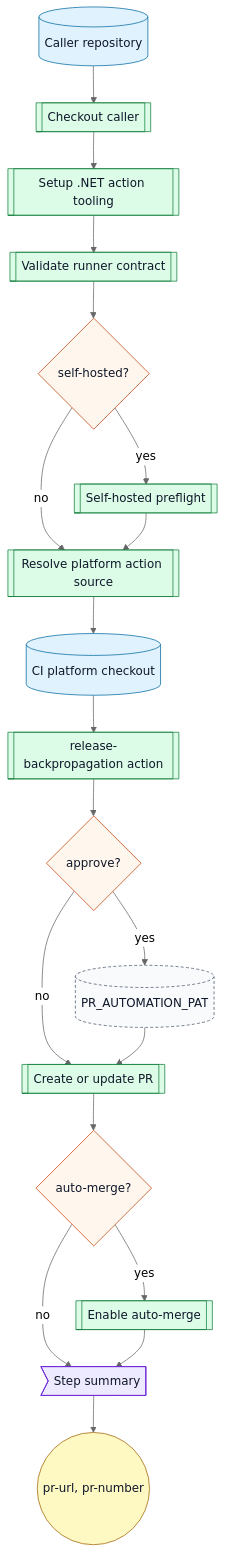
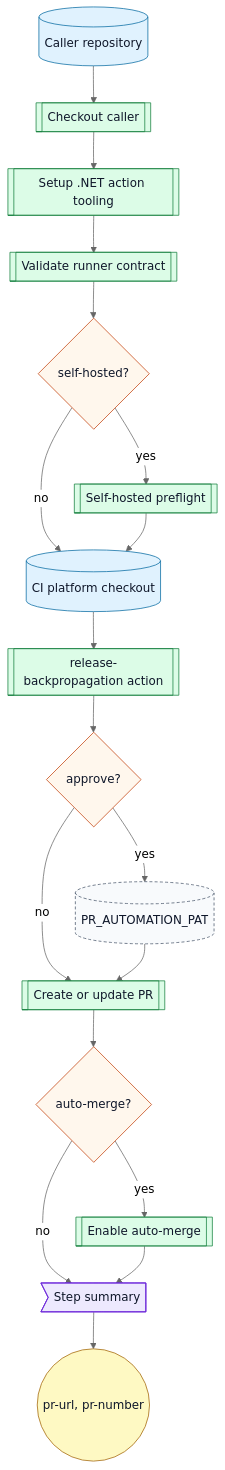
One commit to ArkanisCorporation/ci changed the eighth of 15 diagrams in docs/workflow-catalog.md. Above: the diagram before and after it, drawn with Mermaid (neutral theme). The commit also changed other lines of this file and 10 other files, not shown here.

First line of the commit message:
fix(gha): resolve platform action source from job metadata

````diff
--- a/docs/workflow-catalog.md
+++ b/docs/workflow-catalog.md
@@ -923,33 +930,32 @@
 ```mermaid
 flowchart TD
   caller[("Caller repository")] --> checkout[[Checkout caller]]
   checkout --> tooling[[Setup .NET action tooling]]
   tooling --> validate[[Validate runner contract]]
   validate --> preflight{self-hosted?}
   preflight -->|yes| sh[[Self-hosted preflight]]
-  preflight -->|no| resolve[[Resolve platform action source]]
-  sh --> resolve
-  resolve --> platform[("CI platform checkout")]
+  preflight -->|no| platform[("CI platform checkout")]
+  sh --> platform
   platform --> backprop[[release-backpropagation action]]
   backprop --> approve{approve?}
   approve -->|yes| pat[("PR_AUTOMATION_PAT")]
   approve -->|no| pr[[Create or update PR]]
   pat --> pr
   pr --> automerge{auto-merge?}
   automerge -->|yes| merge[[Enable auto-merge]]
   automerge -->|no| summary>Step summary]
   merge --> summary
   summary --> outputs(("pr-url, pr-number"))
   classDef repo fill:#e0f2fe,stroke:#0369a1,color:#0f172a
   classDef action fill:#dcfce7,stroke:#15803d,color:#0f172a
   classDef decision fill:#fff7ed,stroke:#c2410c,color:#0f172a
   classDef artifact fill:#ede9fe,stroke:#6d28d9,color:#0f172a
   classDef output fill:#fef9c3,stroke:#a16207,color:#0f172a
   classDef external fill:#f8fafc,stroke:#475569,stroke-dasharray: 4 3,color:#0f172a
   class caller,platform repo
   class checkout,tooling,validate,sh,resolve,backprop,pr,merge action
   class preflight,approve,automerge decision
   class summary artifact
   class outputs output
   class pat external
 ```
````
